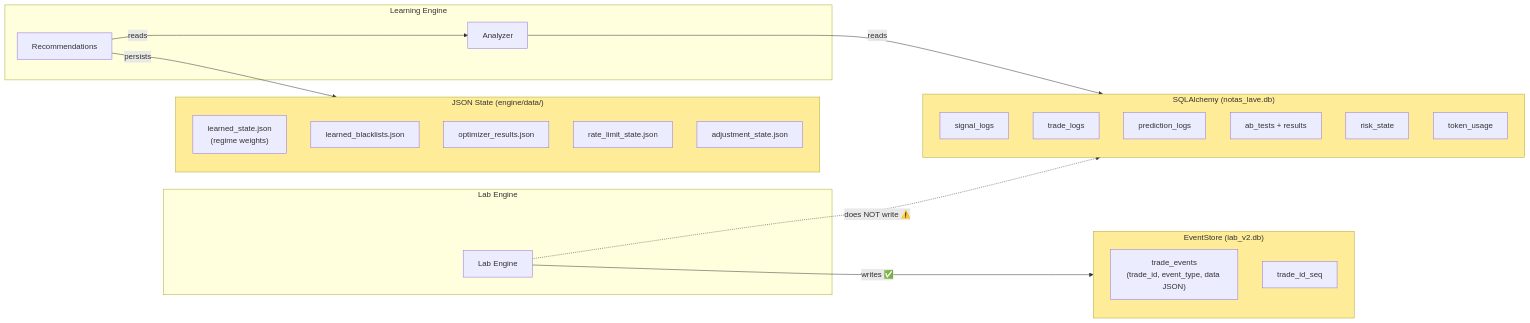
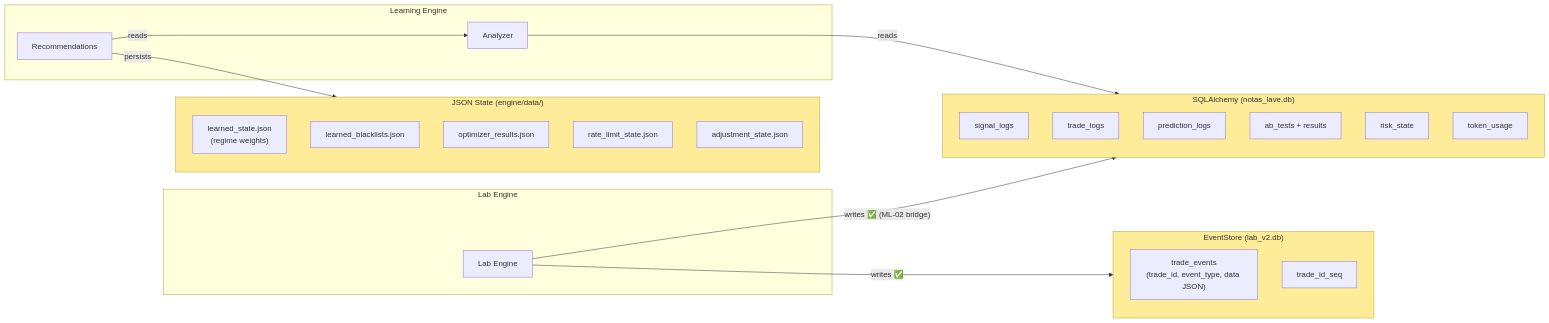
Before and after one commit to kapilll/notas_lave: the third of 5 diagrams in docs/system/ARCHITECTURE.md, drawn with Mermaid. The commit also changed other lines of this file and 8 other files, not shown here.

````diff
--- a/docs/system/ARCHITECTURE.md
+++ b/docs/system/ARCHITECTURE.md
@@ -161,43 +161,43 @@
 ```mermaid
 graph LR
     subgraph Lab["Lab Engine"]
         LabE["Lab Engine"]
     end
 
     subgraph ES["EventStore (lab_v2.db)"]
         TE["trade_events<br/>(trade_id, event_type, data JSON)"]
         TS["trade_id_seq"]
     end
 
     subgraph SA["SQLAlchemy (notas_lave.db)"]
         SL["signal_logs"]
         TL["trade_logs"]
         PL["prediction_logs"]
         AB["ab_tests + results"]
         RS["risk_state"]
         TU["token_usage"]
     end
 
     subgraph JF["JSON State (engine/data/)"]
         LW["learned_state.json<br/>(regime weights)"]
         LB["learned_blacklists.json"]
         OR["optimizer_results.json"]
         RL["rate_limit_state.json"]
         AS["adjustment_state.json"]
     end
 
     subgraph LE["Learning Engine"]
         AN["Analyzer"]
         RE["Recommendations"]
     end
 
     LabE -->|"writes ✅"| ES
-    LabE -.->|"does NOT write ⚠️"| SA
+    LabE -->|"writes ✅ (ML-02 bridge)"| SA
     AN -->|reads| SA
     RE -->|persists| JF
     RE -->|reads| AN
 
     style ES fill:#ffec99
     style SA fill:#ffec99
     style JF fill:#ffec99
 ```
````
